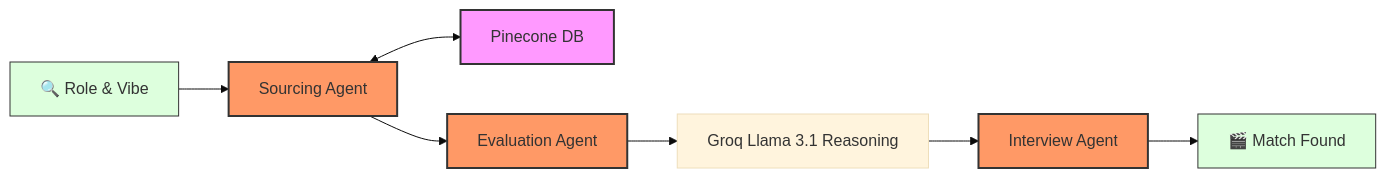
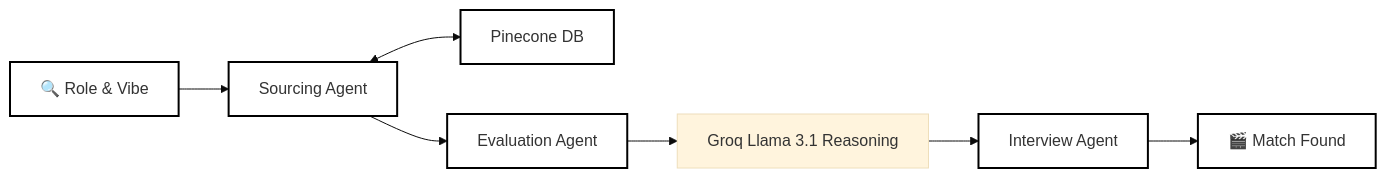
One commit to Abdullasaqib/Agentic-ATS-System changed the second of 2 diagrams in README.md. Above: the diagram before and after it, drawn with Mermaid (base theme). The commit also changed other lines of this file, not shown here.

Commit message:
Update documentation with monochrome Mermaid.js diagrams

````diff
--- a/README.md
+++ b/README.md
@@ -39,16 +39,16 @@
 ```mermaid
 graph LR
     User["🔍 Role & Vibe"] --> Sourcing["Sourcing Agent"]
     Sourcing <--> PC["Pinecone DB"]
     Sourcing --> Eval["Evaluation Agent"]
     Eval --> LLM["Groq Llama 3.1 Reasoning"]
     LLM --> Interview["Interview Agent"]
     Interview --> Output["🎬 Match Found"]
 
-    style User fill:#dfd,stroke:#333
-    style Output fill:#dfd,stroke:#333
-    style Sourcing fill:#f96,stroke:#333,stroke-width:2px
-    style Eval fill:#f96,stroke:#333,stroke-width:2px
-    style Interview fill:#f96,stroke:#333,stroke-width:2px
-    style PC fill:#f9f,stroke:#333,stroke-width:2px
+    style User fill:#fff,stroke:#000,stroke-width:2px
+    style Output fill:#fff,stroke:#000,stroke-width:2px
+    style Sourcing fill:#fff,stroke:#000,stroke-width:2px
+    style Eval fill:#fff,stroke:#000,stroke-width:2px
+    style Interview fill:#fff,stroke:#000,stroke-width:2px
+    style PC fill:#fff,stroke:#000,stroke-width:2px
 ```
````
